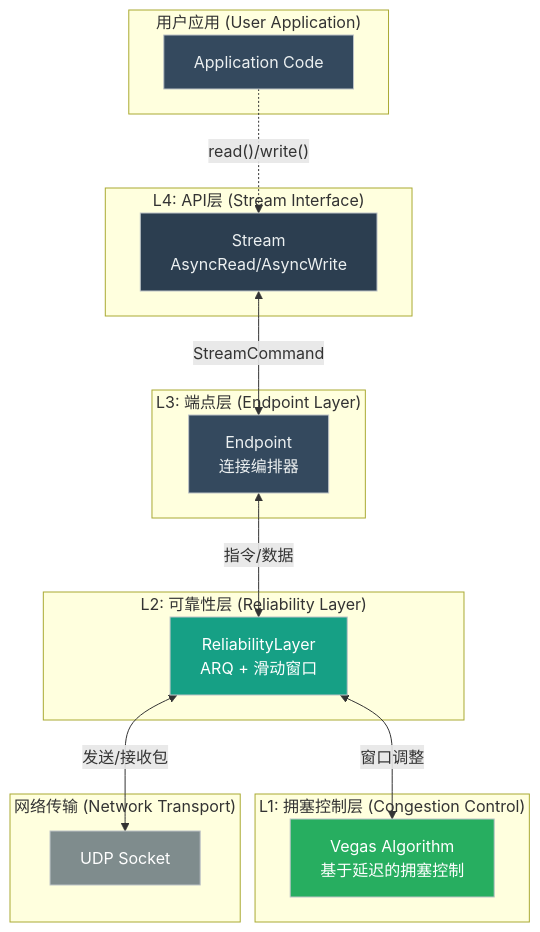
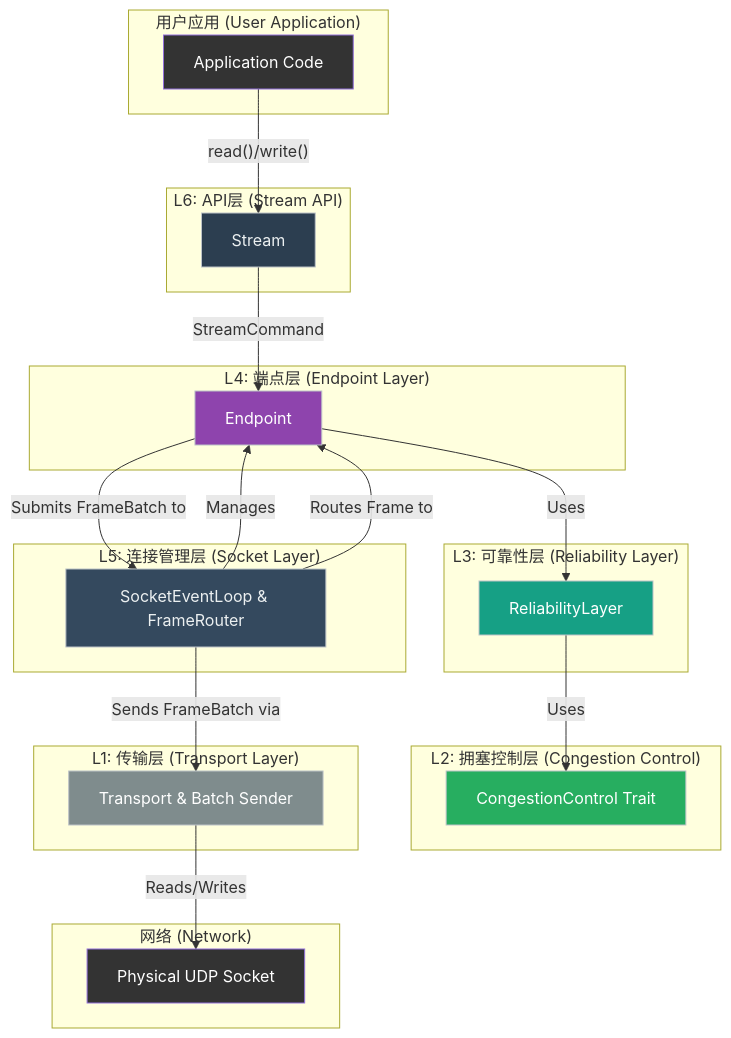
Before and after one commit to ShaoG-R/kestrel-protocol: the first of 2 diagrams in docs/src/features/02-core-protocol/01-protocol-layering.md, drawn with Mermaid. The commit also changed other lines of this file and 4 other files, not shown here.

````diff
--- a/docs/src/features/02-core-protocol/01-protocol-layering.md
+++ b/docs/src/features/02-core-protocol/01-protocol-layering.md
@@ -27,54 +29,61 @@
 ```mermaid
 graph TD
-    %% 用户应用层
     subgraph "用户应用 (User Application)"
         APP[Application Code]
     end
 
-    %% L4: API层
-    subgraph "L4: API层 (Stream Interface)"
-        STREAM[Stream<br/>AsyncRead/AsyncWrite]
+    subgraph "L6: API层 (Stream API)"
+        STREAM[Stream]
+    end
+    
+    subgraph "L5: 连接管理层 (Socket Layer)"
+        SOCKET[SocketEventLoop & FrameRouter]
     end
 
-    %% L3: 端点层
-    subgraph "L3: 端点层 (Endpoint Layer)"
-        ENDPOINT[Endpoint<br/>连接编排器]
+    subgraph "L4: 端点层 (Endpoint Layer)"
+        ENDPOINT[Endpoint]
     end
 
-    %% L2: 可靠性层
-    subgraph "L2: 可靠性层 (Reliability Layer)"
-        RELIABILITY[ReliabilityLayer<br/>ARQ + 滑动窗口]
+    subgraph "L3: 可靠性层 (Reliability Layer)"
+        RELIABILITY[ReliabilityLayer]
     end
 
-    %% L1: 拥塞控制层
-    subgraph "L1: 拥塞控制层 (Congestion Control)"
-        VEGAS[Vegas Algorithm<br/>基于延迟的拥塞控制]
+    subgraph "L2: 拥塞控制层 (Congestion Control)"
+        CONGESTION[CongestionControl Trait]
+    end
+    
+    subgraph "L1: 传输层 (Transport Layer)"
+        TRANSPORT[Transport & Batch Sender]
     end
 
-    %% 网络层
-    subgraph "网络传输 (Network Transport)"
-        UDP[UDP Socket]
+    subgraph "网络 (Network)"
+        NETWORK_IO[Physical UDP Socket]
     end
 
-    %% 垂直数据流
-    APP-. "read()/write()" .->STREAM
-    STREAM <-->|StreamCommand| ENDPOINT
-    ENDPOINT <-->|指令/数据| RELIABILITY
-    RELIABILITY <-->|窗口调整| VEGAS
-    RELIABILITY <-->|发送/接收包| UDP
-
-    %% 样式定义 (深色主题)
-    classDef l4 fill:#2C3E50,color:#ECF0F1,stroke:#BDC3C7
-    classDef l3 fill:#34495E,color:#ECF0F1,stroke:#BDC3C7
-    classDef l2 fill:#16A085,color:#FFFFFF,stroke:#BDC3C7
-    classDef l1 fill:#27AE60,color:#FFFFFF,stroke:#BDC3C7
-    classDef network fill:#7F8C8D,color:#FFFFFF,stroke:#BDC3C7
-    classDef default fill:#34495E,color:#ECF0F1,stroke:#BDC3C7
-
+    APP -- "read()/write()" --> STREAM
+    STREAM -- "StreamCommand" --> ENDPOINT
+    SOCKET -- "Manages" --> ENDPOINT
+    SOCKET -- "Routes Frame to" --> ENDPOINT
+    ENDPOINT -- "Uses" --> RELIABILITY
+    ENDPOINT -- "Submits FrameBatch to" --> SOCKET
+    RELIABILITY -- "Uses" --> CONGESTION
+    SOCKET -- "Sends FrameBatch via" --> TRANSPORT
+    TRANSPORT -- "Reads/Writes" --> NETWORK_IO
+    
+    classDef l6 fill:#2C3E50,color:#ECF0F1,stroke:#BDC3C7
+    classDef l5 fill:#34495E,color:#ECF0F1,stroke:#BDC3C7
+    classDef l4 fill:#8E44AD,color:#FFFFFF,stroke:#BDC3C7
+    classDef l3 fill:#16A085,color:#FFFFFF,stroke:#BDC3C7
+    classDef l2 fill:#27AE60,color:#FFFFFF,stroke:#BDC3C7
+    classDef l1 fill:#7F8C8D,color:#FFFFFF,stroke:#BDC3C7
+    classDef default fill:#333,color:#fff
+    
     class APP default
-    class STREAM l4
-    class ENDPOINT l3
-    class RELIABILITY l2
-    class VEGAS l1
-    class UDP network
+    class STREAM l6
+    class SOCKET l5
+    class ENDPOINT l4
+    class RELIABILITY l3
+    class CONGESTION l2
+    class TRANSPORT l1
+    class NETWORK_IO default
 ```
````
